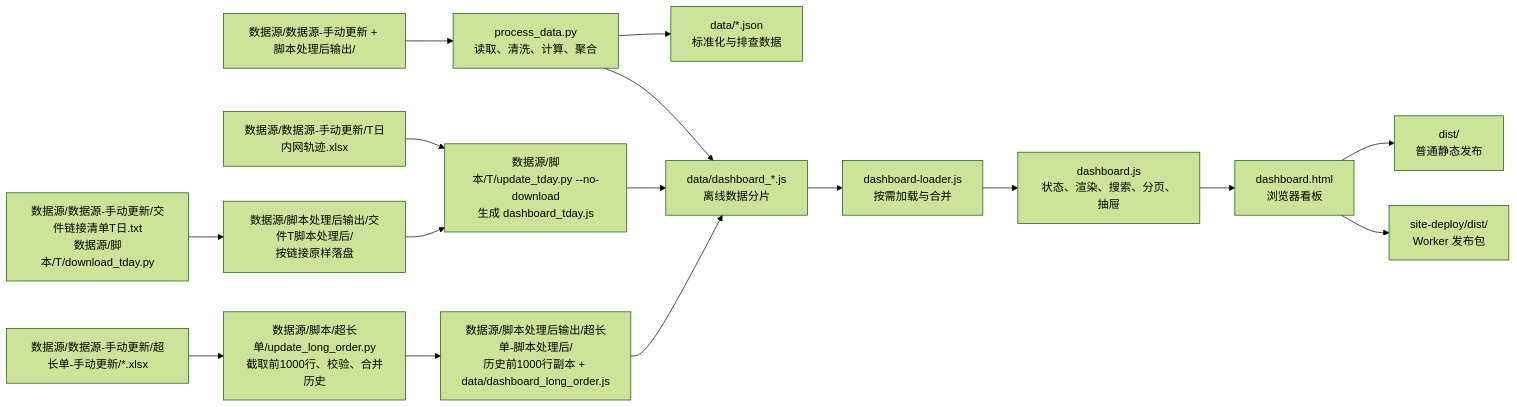
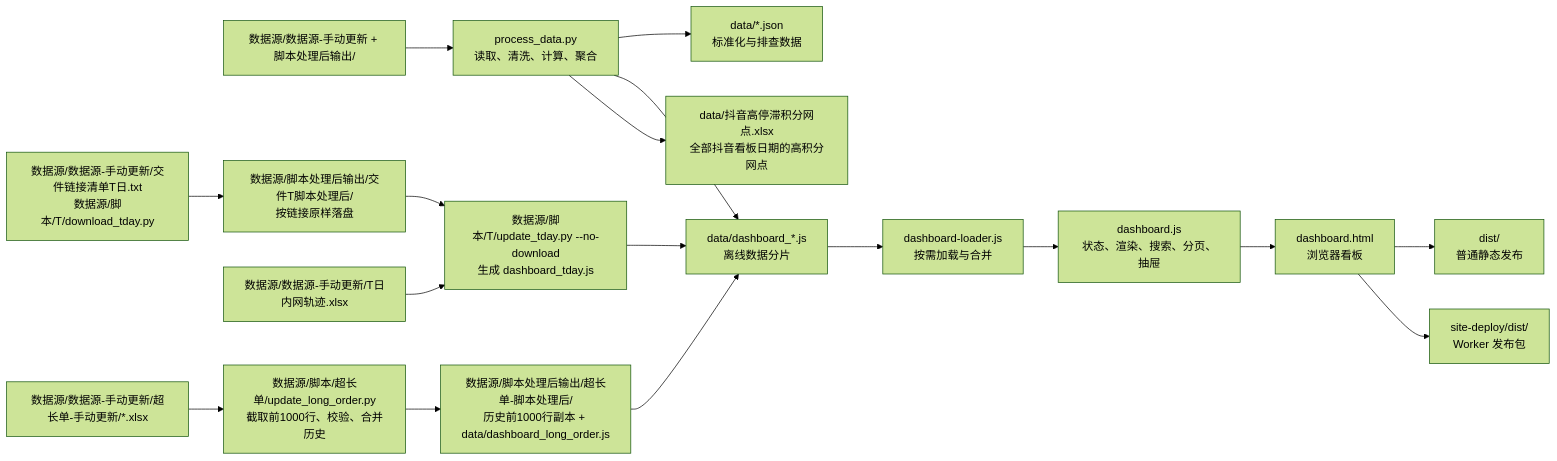
Before and after one commit to vito-xia/jiaojian: the diagram in 项目交接文档.md, drawn with Mermaid (forest theme). The commit also changed other lines of this file and 21 other files, not shown here.

````diff
--- a/项目交接文档.md
+++ b/项目交接文档.md
@@ -64,18 +64,19 @@
 ```mermaid
 flowchart LR
     A["数据源/数据源-手动更新 + 脚本处理后输出/"] --> B["process_data.py<br/>读取、清洗、计算、聚合"]
     T["数据源/数据源-手动更新/交件链接清单T日.txt<br/>数据源/脚本/T/download_tday.py"] --> U["数据源/脚本处理后输出/交件T脚本处理后/<br/>按链接原样落盘"]
     X["数据源/数据源-手动更新/T日内网轨迹.xlsx"] --> V
     U --> V["数据源/脚本/T/update_tday.py --no-download<br/>生成 dashboard_tday.js"]
     B --> C["data/*.json<br/>标准化与排查数据"]
     B --> D["data/dashboard_*.js<br/>离线数据分片"]
+    B --> XL["data/抖音高停滞积分网点.xlsx<br/>全部抖音看板日期的高积分网点"]
     V --> D
     LO["数据源/数据源-手动更新/超长单-手动更新/*.xlsx"] --> LP["数据源/脚本/超长单/update_long_order.py<br/>截取前1000行、校验、合并历史"]
     LP --> LD["数据源/脚本处理后输出/超长单-脚本处理后/<br/>历史前1000行副本 + data/dashboard_long_order.js"]
     LD --> D
     D --> E["dashboard-loader.js<br/>按需加载与合并"]
     E --> F["dashboard.js<br/>状态、渲染、搜索、分页、抽屉"]
     F --> G["dashboard.html<br/>浏览器看板"]
     G --> H["dist/<br/>普通静态发布"]
     G --> I["site-deploy/dist/<br/>Worker 发布包"]
 ```
````
